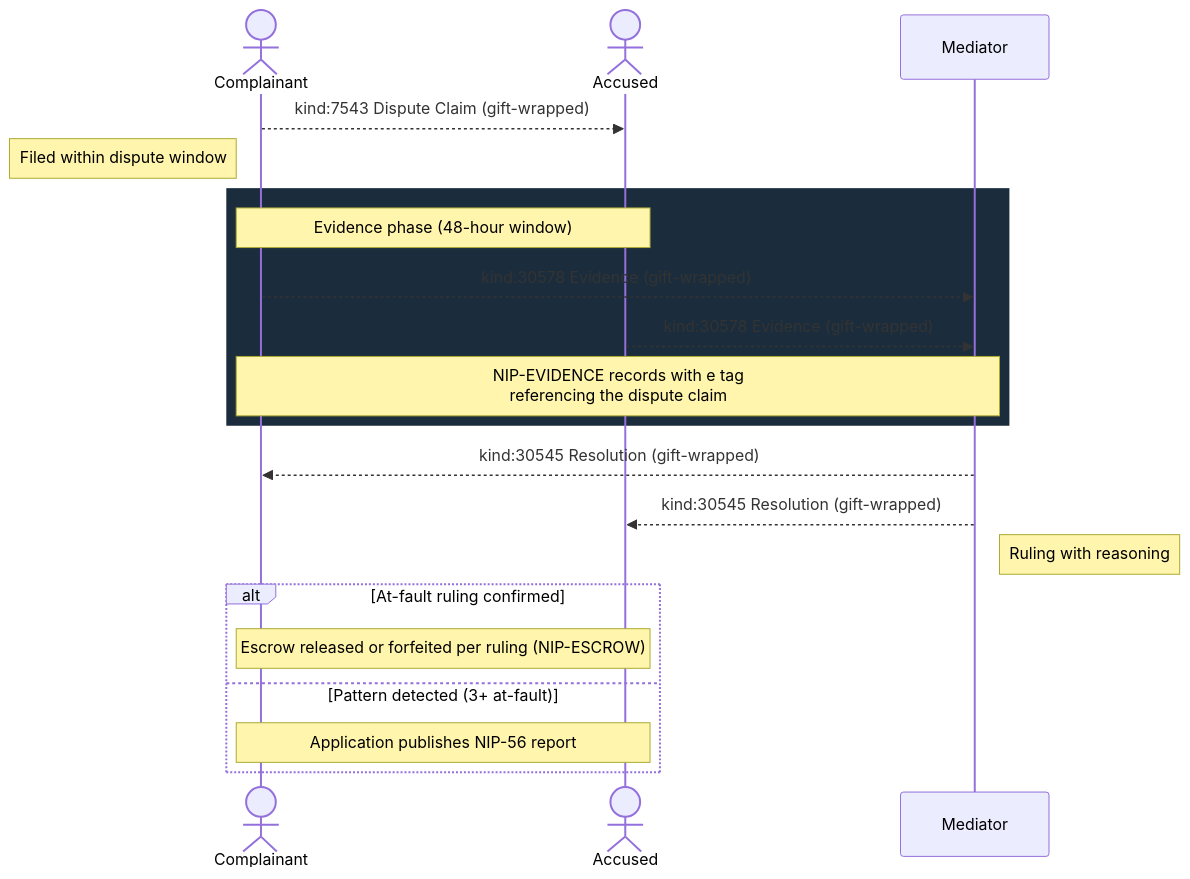
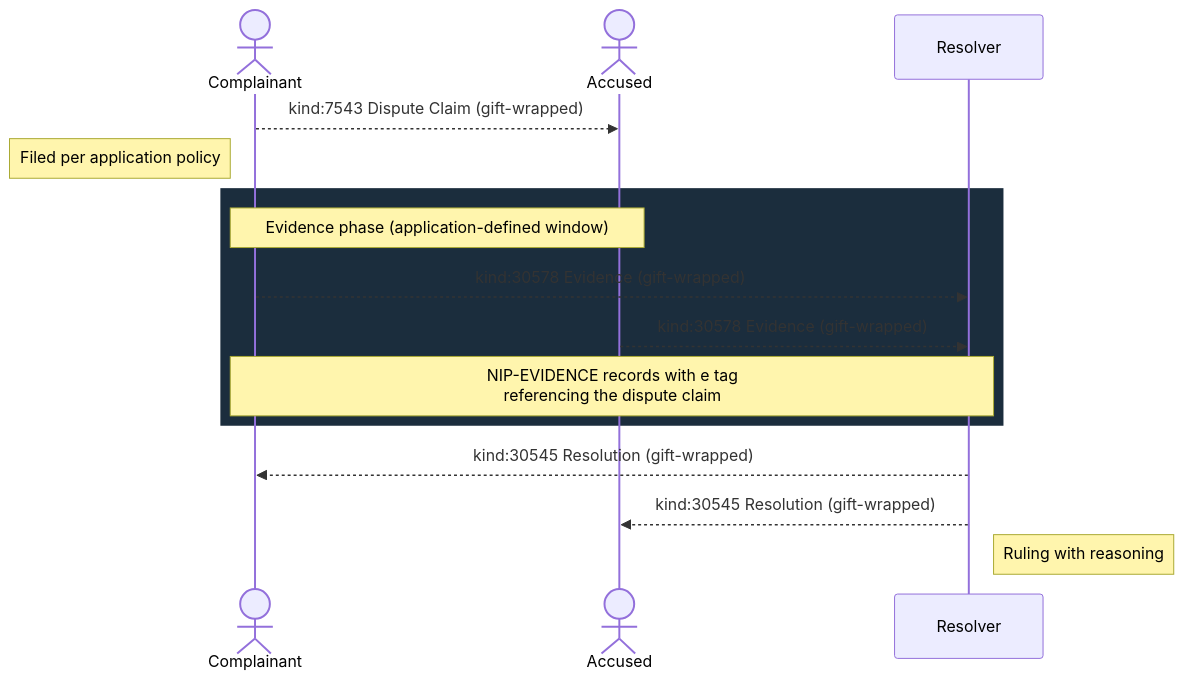
One commit to forgesworn/nip-drafts changed the first of 2 diagrams in nips/NIP-DISPUTES.md. Above: the diagram before and after it, drawn with Mermaid. The commit also changed other lines of this file and 26 other files, not shown here.

````diff
--- a/nips/NIP-DISPUTES.md
+++ b/nips/NIP-DISPUTES.md
@@ -325,26 +278,20 @@
 ```mermaid
 sequenceDiagram
     actor C as Complainant
     actor A as Accused
-    participant M as Mediator
+    participant R as Resolver
 
     C-->>A: kind:7543 Dispute Claim (gift-wrapped)
-    Note left of C: Filed within dispute window
+    Note left of C: Filed per application policy
 
     rect rgb(27, 45, 61)
-        Note over C,A: Evidence phase (48-hour window)
-        C-->>M: kind:30578 Evidence (gift-wrapped)
-        A-->>M: kind:30578 Evidence (gift-wrapped)
-        Note over C,M: NIP-EVIDENCE records with e tag<br/>referencing the dispute claim
+        Note over C,A: Evidence phase (application-defined window)
+        C-->>R: kind:30578 Evidence (gift-wrapped)
+        A-->>R: kind:30578 Evidence (gift-wrapped)
+        Note over C,R: NIP-EVIDENCE records with e tag<br/>referencing the dispute claim
     end
 
-    M-->>C: kind:30545 Resolution (gift-wrapped)
-    M-->>A: kind:30545 Resolution (gift-wrapped)
-    Note right of M: Ruling with reasoning
-
-    alt At-fault ruling confirmed
-        Note over C,A: Escrow released or forfeited per ruling (NIP-ESCROW)
-    else Pattern detected (3+ at-fault)
-        Note over C,A: Application publishes NIP-56 report
-    end
+    R-->>C: kind:30545 Resolution (gift-wrapped)
+    R-->>A: kind:30545 Resolution (gift-wrapped)
+    Note right of R: Ruling with reasoning
 ```
````
